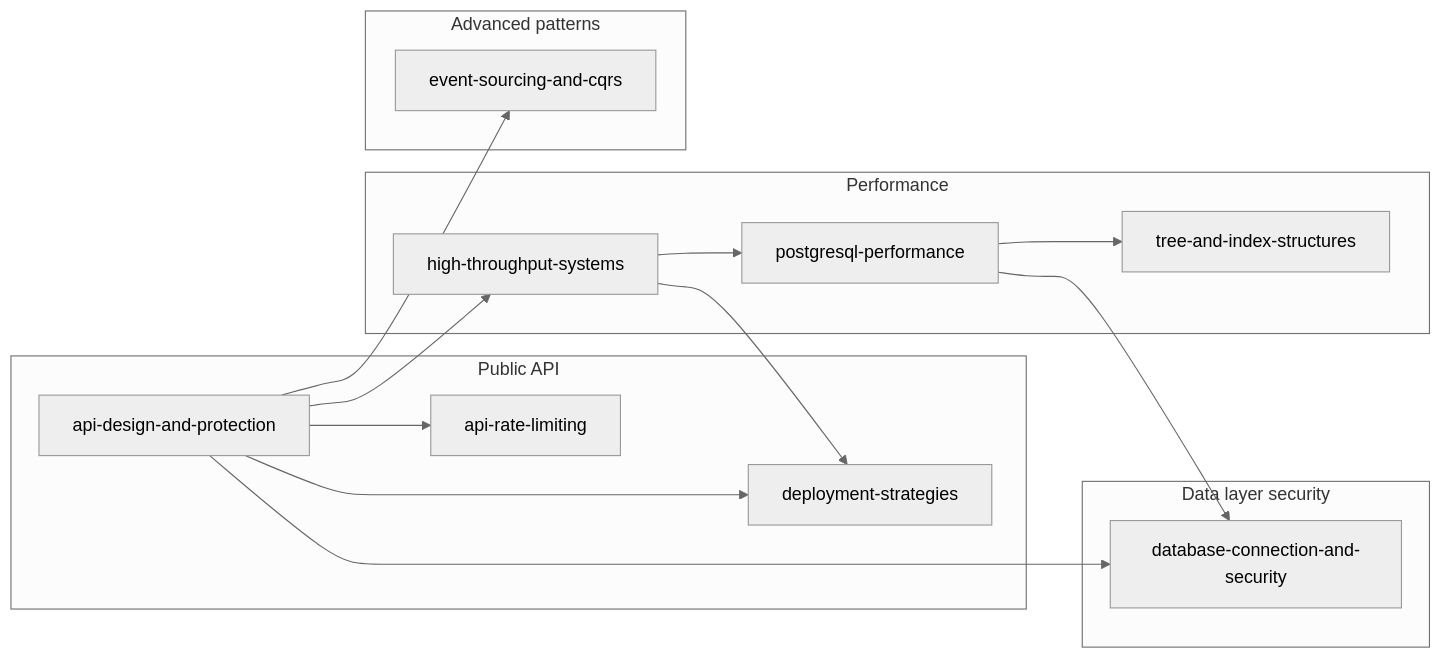
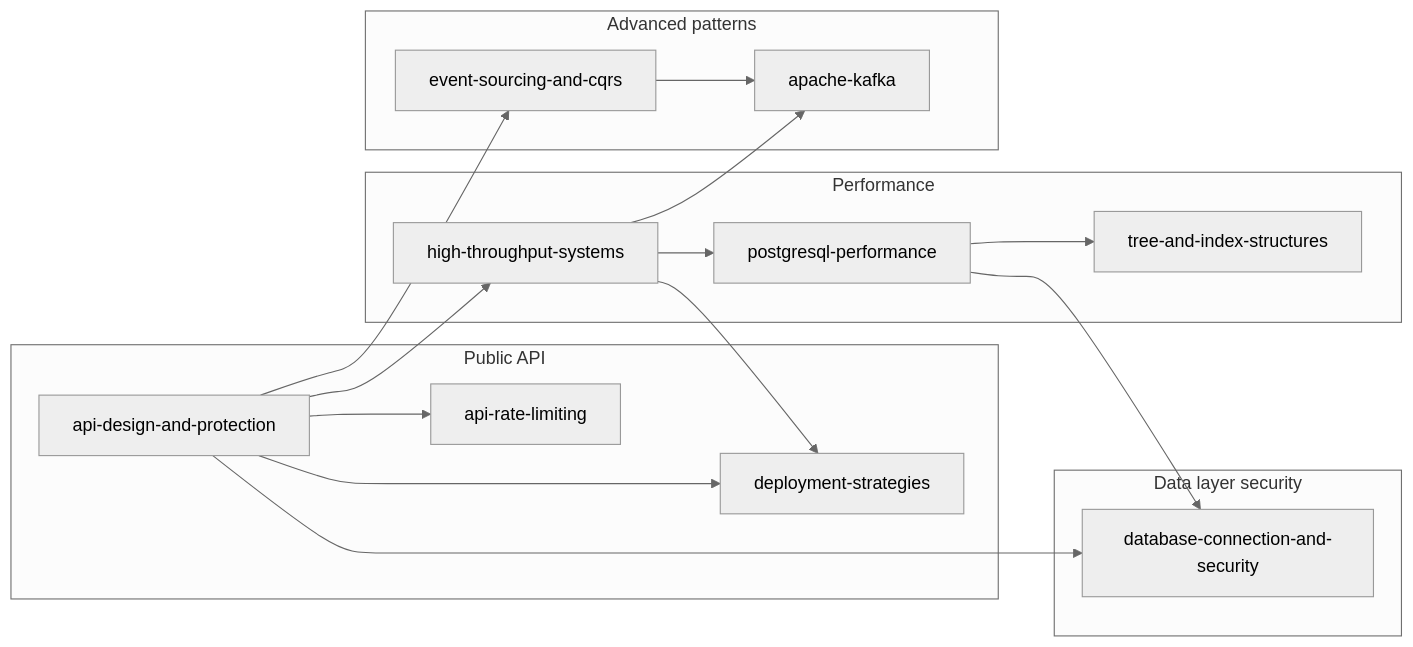
One commit to steve-duong1991/documents changed the diagram in README.md. Above: the diagram before and after it, drawn with Mermaid (neutral theme). The commit also changed other lines of this file and 29 other files, not shown here.

First line of the commit message:
Add Apache Kafka deep-dive guide and wire into corpus.

````diff
--- a/README.md
+++ b/README.md
@@ -26,28 +27,31 @@
 ```mermaid
 flowchart LR
     subgraph api [Public API]
         A[api-design-and-protection]
         R[api-rate-limiting]
         D[deployment-strategies]
     end
     subgraph perf [Performance]
         H[high-throughput-systems]
         P[postgresql-performance]
         T[tree-and-index-structures]
     end
     subgraph advanced [Advanced patterns]
         E[event-sourcing-and-cqrs]
+        K[apache-kafka]
     end
     subgraph ops [Data layer security]
         S[database-connection-and-security]
     end
     A --> R
     A --> H
     H --> P
     P --> T
     A --> E
+    H --> K
+    E --> K
     P --> S
     A --> S
     H --> D
     A --> D
 ```
````
